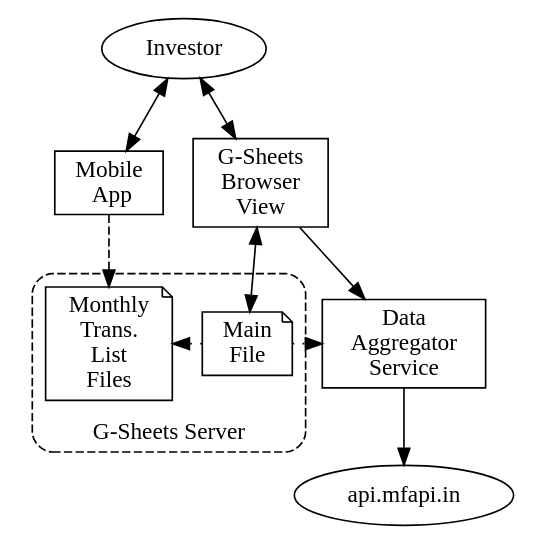
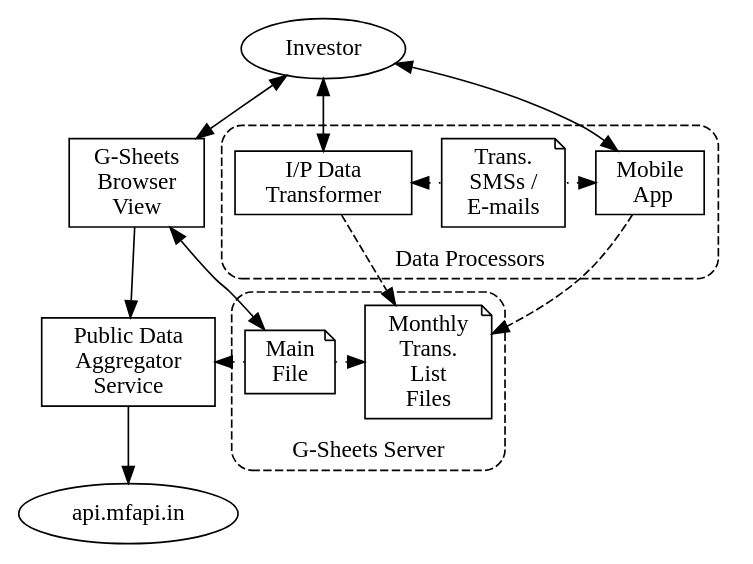
Before and after one commit to appanp/pers_finance_trackr: the diagram in docs/comps_arch.dot, drawn with Graphviz. The commit also changed 2 other files, not shown here.

```diff
--- a/docs/comps_arch.dot
+++ b/docs/comps_arch.dot
@@ -1,31 +1,47 @@
 digraph PersInvestArch {
     node [shape="rect"]
+    compound=true
 
     // All nodes & clusters first
-    mobapp [label="Mobile\n  App"]
     appusr [label="Investor",shape="oval"]
     dshbrdui [label="G-Sheets\nBrowser\n View"]
     mfapi [label="api.mfapi.in",shape=oval]
-    appsvc [label="Data \nAggregator\nService"]
+    appsvc [label="Public Data \nAggregator\nService"]
     subgraph cluster_0 {
-        clusterrank=global
         label="G-Sheets Server"
         labelloc=b
         style="rounded,dashed"
         {
             rank=same
             gsf_main [label="Main\n File",shape="note"]
             trans_files [label="Monthly\nTrans.\nList\nFiles",shape="note"]
         }
     }
 
+    subgraph cluster_1 {
+        label="Data Processors"
+        labelloc=b
+        style="rounded,dashed"
+        //{rank=same
+        mob_app [label="Mobile\n  App"]
+        sms_mail_data [label="Trans.\n SMSs /\n E-mails",shape=note]
+        dp_scripts [label="I/P Data\nTransformer"]
+        //}
+        
+        //Cluster edges
+        mob_app -> sms_mail_data [dir=back,style=dotted,constraint=false]
+        dp_scripts -> sms_mail_data [dir=back,style=dotted,constraint=false]
+    }
+
     // All edges below
     gsf_main -> trans_files [style=dotted]
     appusr -> dshbrdui [dir="both"]
     dshbrdui -> gsf_main [dir="both"]
-    appusr -> mobapp [dir="both"]
-    mobapp -> trans_files [style="dashed"]
+    appusr -> mob_app [dir="both"]
+    appusr ->  dp_scripts [dir=both]
+    mob_app -> trans_files [style="dashed"]
+    dp_scripts -> trans_files [style="dashed"]
     dshbrdui -> appsvc
     gsf_main -> appsvc [style=dotted,constraint=false]
     appsvc -> mfapi
 }
```
